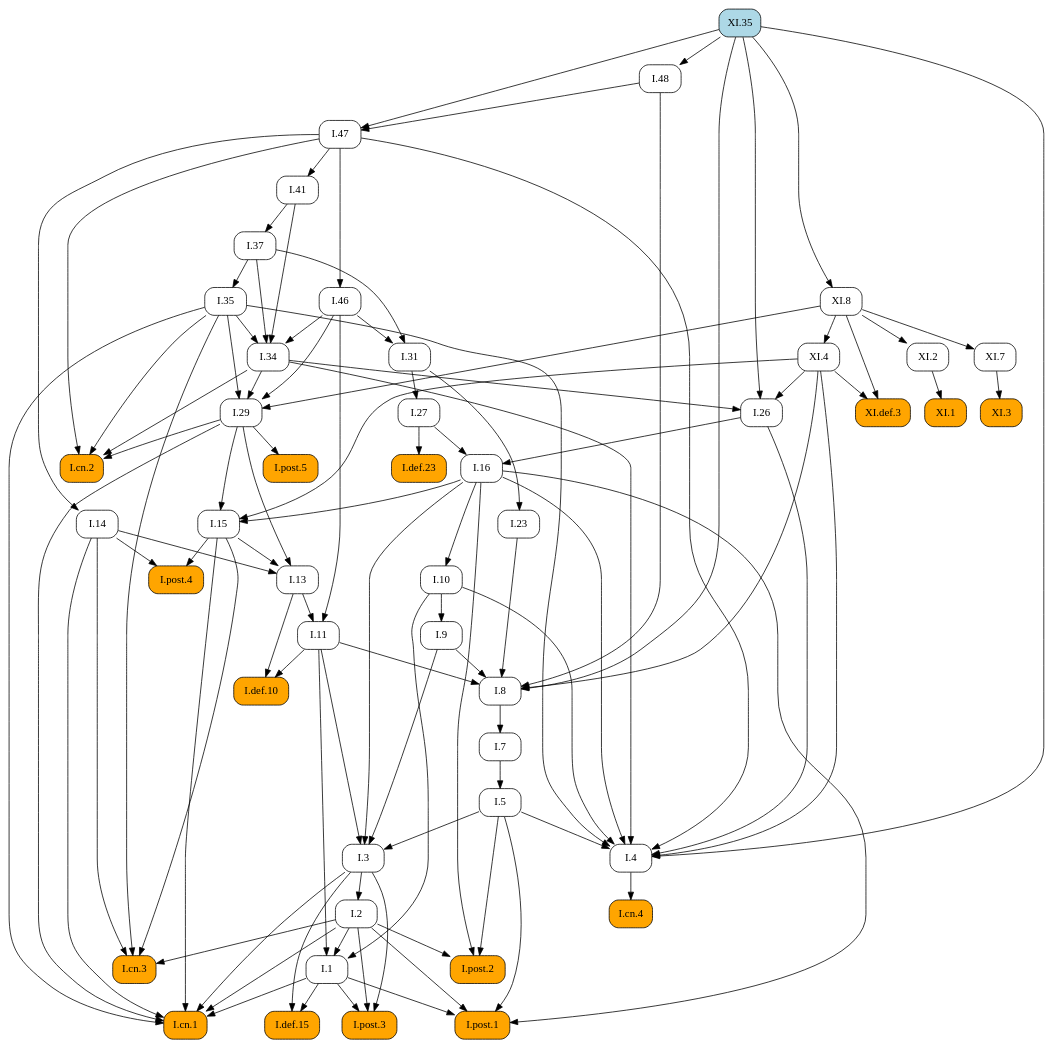
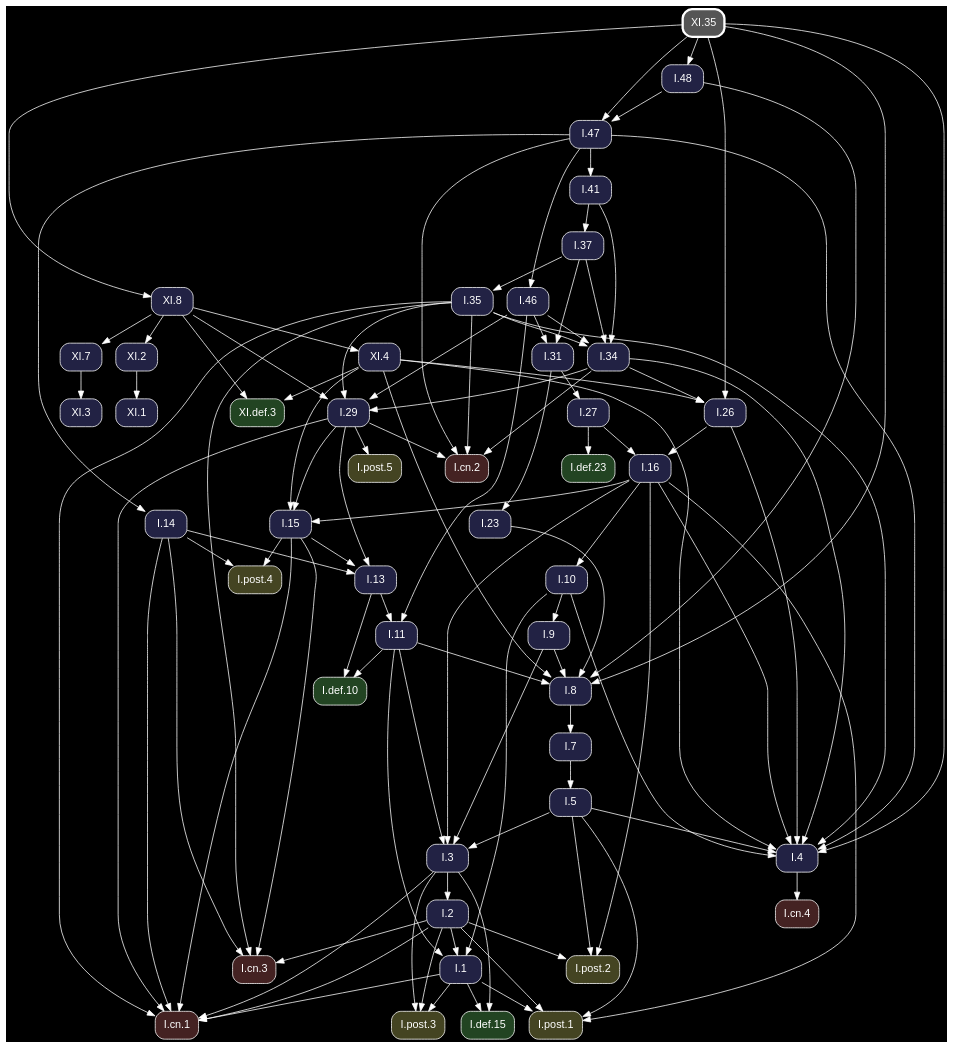
One commit to geometor/elements changed the diagram in docsrc/heath/XI/35/index.rst. Above: the diagram before and after it, drawn with Graphviz. The commit also changed other lines of this file and 1200 other files, not shown here.

Commit message:
update dependency graphs

```diff
--- a/docsrc/heath/XI/35/index.rst
+++ b/docsrc/heath/XI/35/index.rst
@@ -86,89 +86,64 @@
 .. graphviz::
 
    digraph {
+     bgcolor="black";
+     node [shape=box, style="rounded,filled", fontname="Helvetica", color="white", fontcolor="white"];
+     edge [color="white", fontcolor="white"];
      rankdir="TB";
-     node [shape=box, style=rounded];
-     "I.23" [URL="/heath/I/23/", target="_top"];
-     "I.9" [URL="/heath/I/9/", target="_top"];
-     "XI.4" [URL="/heath/XI/4/", target="_top"];
-     "I.def.15" [style="rounded,filled", fillcolor=orange, URL="/heath/I/def.15/", target="_top"];
-     "I.47" [URL="/heath/I/47/", target="_top"];
-     "XI.8" [URL="/heath/XI/8/", target="_top"];
-     "I.post.3" [style="rounded,filled", fillcolor=orange, URL="/heath/I/post.3/", target="_top"];
-     "I.post.1" [style="rounded,filled", fillcolor=orange, URL="/heath/I/post.1/", target="_top"];
-     "XI.3" [style="rounded,filled", fillcolor=orange, URL="/heath/XI/3/", target="_top"];
-     "I.31" [URL="/heath/I/31/", target="_top"];
-     "I.def.10" [style="rounded,filled", fillcolor=orange, URL="/heath/I/def.10/", target="_top"];
-     "XI.35" [style="rounded,filled", fillcolor=lightblue, URL="/heath/XI/35/", target="_top"];
-     "XI.def.3" [style="rounded,filled", fillcolor=orange, URL="/heath/XI/def.3/", target="_top"];
-     "I.27" [URL="/heath/I/27/", target="_top"];
-     "I.14" [URL="/heath/I/14/", target="_top"];
-     "XI.2" [URL="/heath/XI/2/", target="_top"];
-     "XI.7" [URL="/heath/XI/7/", target="_top"];
-     "I.3" [URL="/heath/I/3/", target="_top"];
-     "I.34" [URL="/heath/I/34/", target="_top"];
-     "I.35" [URL="/heath/I/35/", target="_top"];
-     "I.cn.1" [style="rounded,filled", fillcolor=orange, URL="/heath/I/cn.1/", target="_top"];
-     "I.7" [URL="/heath/I/7/", target="_top"];
-     "I.2" [URL="/heath/I/2/", target="_top"];
-     "I.13" [URL="/heath/I/13/", target="_top"];
-     "I.post.4" [style="rounded,filled", fillcolor=orange, URL="/heath/I/post.4/", target="_top"];
-     "I.48" [URL="/heath/I/48/", target="_top"];
-     "I.4" [URL="/heath/I/4/", target="_top"];
-     "I.1" [URL="/heath/I/1/", target="_top"];
-     "I.5" [URL="/heath/I/5/", target="_top"];
-     "I.8" [URL="/heath/I/8/", target="_top"];
-     "I.37" [URL="/heath/I/37/", target="_top"];
-     "I.29" [URL="/heath/I/29/", target="_top"];
-     "I.cn.3" [style="rounded,filled", fillcolor=orange, URL="/heath/I/cn.3/", target="_top"];
-     "I.16" [URL="/heath/I/16/", target="_top"];
-     "I.15" [URL="/heath/I/15/", target="_top"];
-     "I.10" [URL="/heath/I/10/", target="_top"];
-     "I.11" [URL="/heath/I/11/", target="_top"];
-     "I.def.23" [style="rounded,filled", fillcolor=orange, URL="/heath/I/def.23/", target="_top"];
-     "I.cn.2" [style="rounded,filled", fillcolor=orange, URL="/heath/I/cn.2/", target="_top"];
-     "I.post.5" [style="rounded,filled", fillcolor=orange, URL="/heath/I/post.5/", target="_top"];
-     "I.cn.4" [style="rounded,filled", fillcolor=orange, URL="/heath/I/cn.4/", target="_top"];
-     "XI.1" [style="rounded,filled", fillcolor=orange, URL="/heath/XI/1/", target="_top"];
-     "I.41" [URL="/heath/I/41/", target="_top"];
-     "I.post.2" [style="rounded,filled", fillcolor=orange, URL="/heath/I/post.2/", target="_top"];
-     "I.46" [URL="/heath/I/46/", target="_top"];
-     "I.26" [URL="/heath/I/26/", target="_top"];
-     "I.31" -> "I.23";
-     "I.10" -> "I.9";
-     "XI.8" -> "XI.4";
-     "I.1" -> "I.def.15";
-     "I.3" -> "I.def.15";
-     "I.48" -> "I.47";
-     "XI.35" -> "I.47";
+     "XI.7" [fillcolor="#222244", URL="/heath/XI/7/", target="_top"];
+     "XI.8" [fillcolor="#222244", URL="/heath/XI/8/", target="_top"];
+     "I.31" [fillcolor="#222244", URL="/heath/I/31/", target="_top"];
+     "I.3" [fillcolor="#222244", URL="/heath/I/3/", target="_top"];
+     "I.cn.1" [fillcolor="#442222", URL="/heath/I/cn.1/", target="_top"];
+     "XI.def.3" [fillcolor="#224422", URL="/heath/XI/def.3/", target="_top"];
+     "I.def.10" [fillcolor="#224422", URL="/heath/I/def.10/", target="_top"];
+     "I.15" [fillcolor="#222244", URL="/heath/I/15/", target="_top"];
+     "I.13" [fillcolor="#222244", URL="/heath/I/13/", target="_top"];
+     "I.27" [fillcolor="#222244", URL="/heath/I/27/", target="_top"];
+     "I.2" [fillcolor="#222244", URL="/heath/I/2/", target="_top"];
+     "I.41" [fillcolor="#222244", URL="/heath/I/41/", target="_top"];
+     "I.cn.2" [fillcolor="#442222", URL="/heath/I/cn.2/", target="_top"];
+     "XI.3" [fillcolor="#222244", URL="/heath/XI/3/", target="_top"];
+     "XI.1" [fillcolor="#222244", URL="/heath/XI/1/", target="_top"];
+     "I.9" [fillcolor="#222244", URL="/heath/I/9/", target="_top"];
+     "I.1" [fillcolor="#222244", URL="/heath/I/1/", target="_top"];
+     "I.post.5" [fillcolor="#444422", URL="/heath/I/post.5/", target="_top"];
+     "I.post.4" [fillcolor="#444422", URL="/heath/I/post.4/", target="_top"];
+     "I.23" [fillcolor="#222244", URL="/heath/I/23/", target="_top"];
+     "I.26" [fillcolor="#222244", URL="/heath/I/26/", target="_top"];
+     "I.8" [fillcolor="#222244", URL="/heath/I/8/", target="_top"];
+     "I.4" [fillcolor="#222244", URL="/heath/I/4/", target="_top"];
+     "I.7" [fillcolor="#222244", URL="/heath/I/7/", target="_top"];
+     "I.5" [fillcolor="#222244", URL="/heath/I/5/", target="_top"];
+     "I.10" [fillcolor="#222244", URL="/heath/I/10/", target="_top"];
+     "I.46" [fillcolor="#222244", URL="/heath/I/46/", target="_top"];
+     "I.post.1" [fillcolor="#444422", URL="/heath/I/post.1/", target="_top"];
+     "I.11" [fillcolor="#222244", URL="/heath/I/11/", target="_top"];
+     "I.16" [fillcolor="#222244", URL="/heath/I/16/", target="_top"];
+     "I.37" [fillcolor="#222244", URL="/heath/I/37/", target="_top"];
+     "I.cn.3" [fillcolor="#442222", URL="/heath/I/cn.3/", target="_top"];
+     "I.29" [fillcolor="#222244", URL="/heath/I/29/", target="_top"];
+     "I.post.2" [fillcolor="#444422", URL="/heath/I/post.2/", target="_top"];
+     "I.cn.4" [fillcolor="#442222", URL="/heath/I/cn.4/", target="_top"];
+     "I.47" [fillcolor="#222244", URL="/heath/I/47/", target="_top"];
+     "I.14" [fillcolor="#222244", URL="/heath/I/14/", target="_top"];
+     "I.35" [fillcolor="#222244", URL="/heath/I/35/", target="_top"];
+     "I.def.23" [fillcolor="#224422", URL="/heath/I/def.23/", target="_top"];
+     "XI.35" [penwidth=3, color="white", fillcolor="#555555", URL="/heath/XI/35/", target="_top"];
+     "I.post.3" [fillcolor="#444422", URL="/heath/I/post.3/", target="_top"];
+     "I.34" [fillcolor="#222244", URL="/heath/I/34/", target="_top"];
+     "I.48" [fillcolor="#222244", URL="/heath/I/48/", target="_top"];
+     "I.def.15" [fillcolor="#224422", URL="/heath/I/def.15/", target="_top"];
+     "XI.4" [fillcolor="#222244", URL="/heath/XI/4/", target="_top"];
+     "XI.2" [fillcolor="#222244", URL="/heath/XI/2/", target="_top"];
+     "XI.8" -> "XI.7";
      "XI.35" -> "XI.8";
-     "I.1" -> "I.post.3";
-     "I.2" -> "I.post.3";
-     "I.3" -> "I.post.3";
-     "I.1" -> "I.post.1";
-     "I.2" -> "I.post.1";
-     "I.5" -> "I.post.1";
-     "I.16" -> "I.post.1";
-     "XI.7" -> "XI.3";
      "I.37" -> "I.31";
      "I.46" -> "I.31";
-     "I.11" -> "I.def.10";
-     "I.13" -> "I.def.10";
-     "XI.4" -> "XI.def.3";
-     "XI.8" -> "XI.def.3";
-     "I.31" -> "I.27";
-     "I.47" -> "I.14";
-     "XI.8" -> "XI.2";
-     "XI.8" -> "XI.7";
      "I.5" -> "I.3";
      "I.9" -> "I.3";
      "I.11" -> "I.3";
      "I.16" -> "I.3";
-     "I.35" -> "I.34";
-     "I.37" -> "I.34";
-     "I.41" -> "I.34";
-     "I.46" -> "I.34";
-     "I.37" -> "I.35";
      "I.1" -> "I.cn.1";
      "I.2" -> "I.cn.1";
      "I.3" -> "I.cn.1";
@@ -176,14 +151,42 @@
      "I.15" -> "I.cn.1";
      "I.29" -> "I.cn.1";
      "I.35" -> "I.cn.1";
-     "I.8" -> "I.7";
-     "I.3" -> "I.2";
+     "XI.4" -> "XI.def.3";
+     "XI.8" -> "XI.def.3";
+     "I.11" -> "I.def.10";
+     "I.13" -> "I.def.10";
+     "I.16" -> "I.15";
+     "I.29" -> "I.15";
+     "XI.4" -> "I.15";
      "I.14" -> "I.13";
      "I.15" -> "I.13";
      "I.29" -> "I.13";
+     "I.31" -> "I.27";
+     "I.3" -> "I.2";
+     "I.47" -> "I.41";
+     "I.29" -> "I.cn.2";
+     "I.34" -> "I.cn.2";
+     "I.35" -> "I.cn.2";
+     "I.47" -> "I.cn.2";
+     "XI.7" -> "XI.3";
+     "XI.2" -> "XI.1";
+     "I.10" -> "I.9";
+     "I.2" -> "I.1";
+     "I.10" -> "I.1";
+     "I.11" -> "I.1";
+     "I.29" -> "I.post.5";
      "I.14" -> "I.post.4";
      "I.15" -> "I.post.4";
-     "XI.35" -> "I.48";
+     "I.31" -> "I.23";
+     "I.34" -> "I.26";
+     "XI.4" -> "I.26";
+     "XI.35" -> "I.26";
+     "I.9" -> "I.8";
+     "I.11" -> "I.8";
+     "I.23" -> "I.8";
+     "I.48" -> "I.8";
+     "XI.4" -> "I.8";
+     "XI.35" -> "I.8";
      "I.5" -> "I.4";
      "I.10" -> "I.4";
      "I.16" -> "I.4";
@@ -193,47 +196,46 @@
      "I.47" -> "I.4";
      "XI.4" -> "I.4";
      "XI.35" -> "I.4";
-     "I.2" -> "I.1";
-     "I.10" -> "I.1";
-     "I.11" -> "I.1";
+     "I.8" -> "I.7";
      "I.7" -> "I.5";
-     "I.9" -> "I.8";
-     "I.11" -> "I.8";
-     "I.23" -> "I.8";
-     "I.48" -> "I.8";
-     "XI.4" -> "I.8";
-     "XI.35" -> "I.8";
+     "I.16" -> "I.10";
+     "I.47" -> "I.46";
+     "I.1" -> "I.post.1";
+     "I.2" -> "I.post.1";
+     "I.5" -> "I.post.1";
+     "I.16" -> "I.post.1";
+     "I.13" -> "I.11";
+     "I.46" -> "I.11";
+     "I.26" -> "I.16";
+     "I.27" -> "I.16";
      "I.41" -> "I.37";
+     "I.2" -> "I.cn.3";
+     "I.14" -> "I.cn.3";
+     "I.15" -> "I.cn.3";
+     "I.35" -> "I.cn.3";
      "I.34" -> "I.29";
      "I.35" -> "I.29";
      "I.46" -> "I.29";
      "XI.8" -> "I.29";
-     "I.2" -> "I.cn.3";
-     "I.14" -> "I.cn.3";
-     "I.15" -> "I.cn.3";
-     "I.35" -> "I.cn.3";
-     "I.26" -> "I.16";
-     "I.27" -> "I.16";
-     "I.16" -> "I.15";
-     "I.29" -> "I.15";
-     "XI.4" -> "I.15";
-     "I.16" -> "I.10";
-     "I.13" -> "I.11";
-     "I.46" -> "I.11";
-     "I.27" -> "I.def.23";
-     "I.29" -> "I.cn.2";
-     "I.34" -> "I.cn.2";
-     "I.35" -> "I.cn.2";
-     "I.47" -> "I.cn.2";
-     "I.29" -> "I.post.5";
-     "I.4" -> "I.cn.4";
-     "XI.2" -> "XI.1";
-     "I.47" -> "I.41";
      "I.2" -> "I.post.2";
      "I.5" -> "I.post.2";
      "I.16" -> "I.post.2";
-     "I.47" -> "I.46";
-     "I.34" -> "I.26";
-     "XI.4" -> "I.26";
-     "XI.35" -> "I.26";
+     "I.4" -> "I.cn.4";
+     "I.48" -> "I.47";
+     "XI.35" -> "I.47";
+     "I.47" -> "I.14";
+     "I.37" -> "I.35";
+     "I.27" -> "I.def.23";
+     "I.1" -> "I.post.3";
+     "I.2" -> "I.post.3";
+     "I.3" -> "I.post.3";
+     "I.35" -> "I.34";
+     "I.37" -> "I.34";
+     "I.41" -> "I.34";
+     "I.46" -> "I.34";
+     "XI.35" -> "I.48";
+     "I.1" -> "I.def.15";
+     "I.3" -> "I.def.15";
+     "XI.8" -> "XI.4";
+     "XI.8" -> "XI.2";
    }
```
